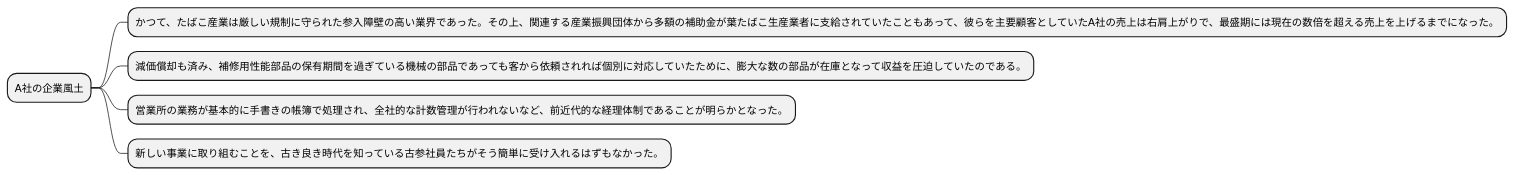
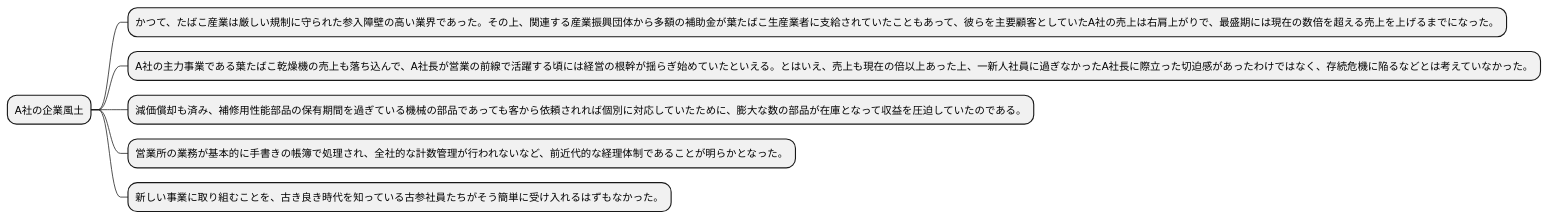
One commit to k2works/requirements_definition_excercise changed the sixth of 13 diagrams in docs/R01/study/study_1_r01.md. Above: the diagram before and after it, drawn with PlantUML. The commit also changed other lines of this file, not shown here.

````diff
--- a/docs/R01/study/study_1_r01.md
+++ b/docs/R01/study/study_1_r01.md
@@ -178,11 +179,12 @@
 ```plantuml
 @startmindmap
 
 * A社の企業風土
 ** かつて、たばこ産業は厳しい規制に守られた参入障壁の高い業界であった。その上、関連する産業振興団体から多額の補助金が葉たばこ生産業者に支給されていたこともあって、彼らを主要顧客としていたA社の売上は右肩上がりで、最盛期には現在の数倍を超える売上を上げるまでになった。
+** A社の主力事業である葉たばこ乾燥機の売上も落ち込んで、A社長が営業の前線で活躍する頃には経営の根幹が揺らぎ始めていたといえる。とはいえ、売上も現在の倍以上あった上、一新人社員に過ぎなかったA社長に際立った切迫感があったわけではなく、存続危機に陥るなどとは考えていなかった。
 ** 減価償却も済み、補修用性能部品の保有期間を過ぎている機械の部品であっても客から依頼されれば個別に対応していたために、膨大な数の部品が在庫となって収益を圧迫していたのである。
 ** 営業所の業務が基本的に手書きの帳簿で処理され、全社的な計数管理が行われないなど、前近代的な経理体制であることが明らかとなった。
 ** 新しい事業に取り組むことを、古き良き時代を知っている古参社員たちがそう簡単に受け入れるはずもなかった。
 
 @endmindmap
 ```
````
